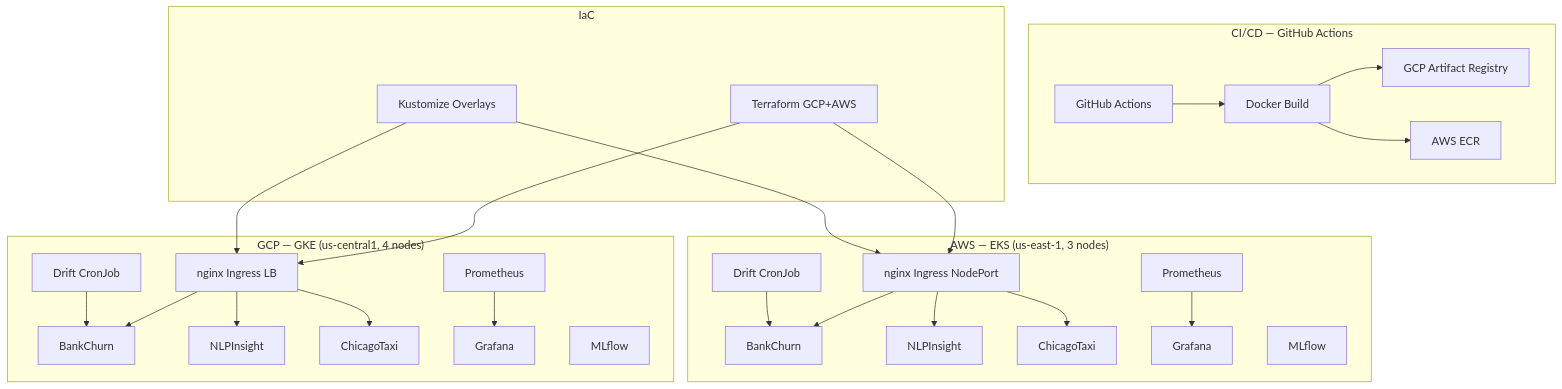
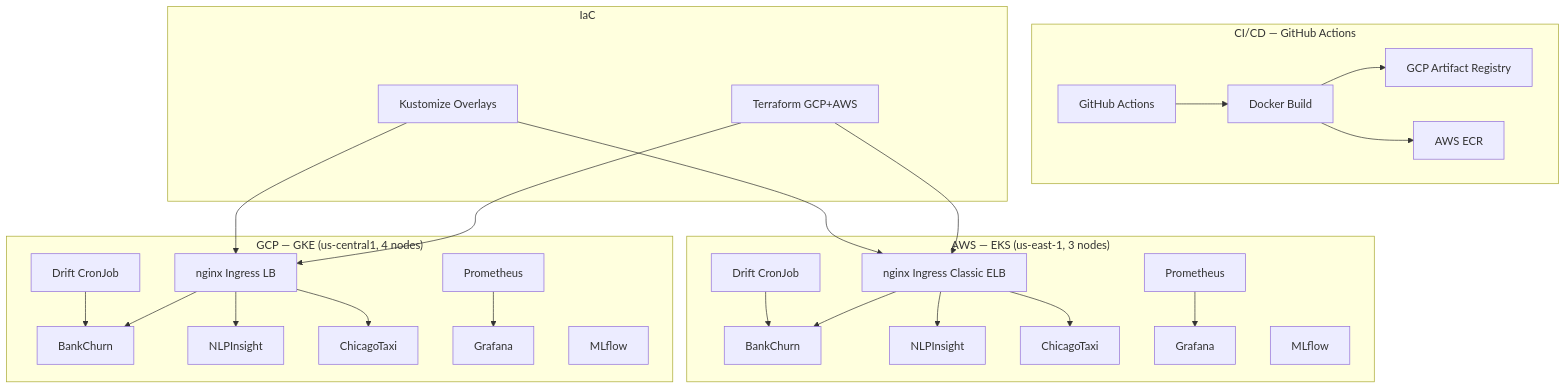
Before and after one commit to DuqueOM/ML-MLOps-Portfolio: the diagram in docs/ARCHITECTURE_PORTFOLIO.md, drawn with Mermaid. The commit also changed other lines of this file and 25 other files, not shown here.

First line of the commit message:
docs(v3.5.3): AWS Classic ELB migration, NodePort refs removed, version stamps updated

````diff
--- a/docs/ARCHITECTURE_PORTFOLIO.md
+++ b/docs/ARCHITECTURE_PORTFOLIO.md
@@ -11,27 +11,27 @@
 ```mermaid
 graph TB
     subgraph "CI/CD — GitHub Actions"
         GH[GitHub Actions] --> BUILD[Docker Build]
         BUILD --> AR[GCP Artifact Registry]
         BUILD --> ECR[AWS ECR]
     end
 
     subgraph "GCP — GKE (us-central1, 4 nodes)"
         GCE[nginx Ingress LB] --> BC1[BankChurn] & NL1[NLPInsight] & CT1[ChicagoTaxi]
         P1[Prometheus] --> G1[Grafana]
         D1[Drift CronJob] --> BC1
         M1[MLflow]
     end
 
     subgraph "AWS — EKS (us-east-1, 3 nodes)"
-        AWS[nginx Ingress NodePort] --> BC2[BankChurn] & NL2[NLPInsight] & CT2[ChicagoTaxi]
+        AWS[nginx Ingress Classic ELB] --> BC2[BankChurn] & NL2[NLPInsight] & CT2[ChicagoTaxi]
         P2[Prometheus] --> G2[Grafana]
         D2[Drift CronJob] --> BC2
         M2[MLflow]
     end
 
     subgraph "IaC"
         TF[Terraform GCP+AWS] --> GCE & AWS
         KS[Kustomize Overlays] --> GCE & AWS
     end
 ```
````
